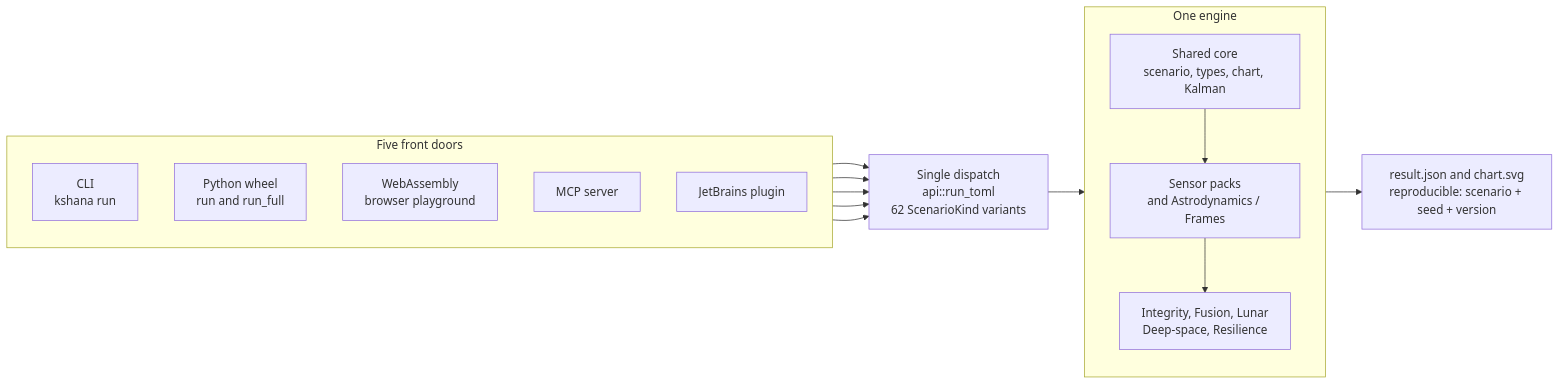
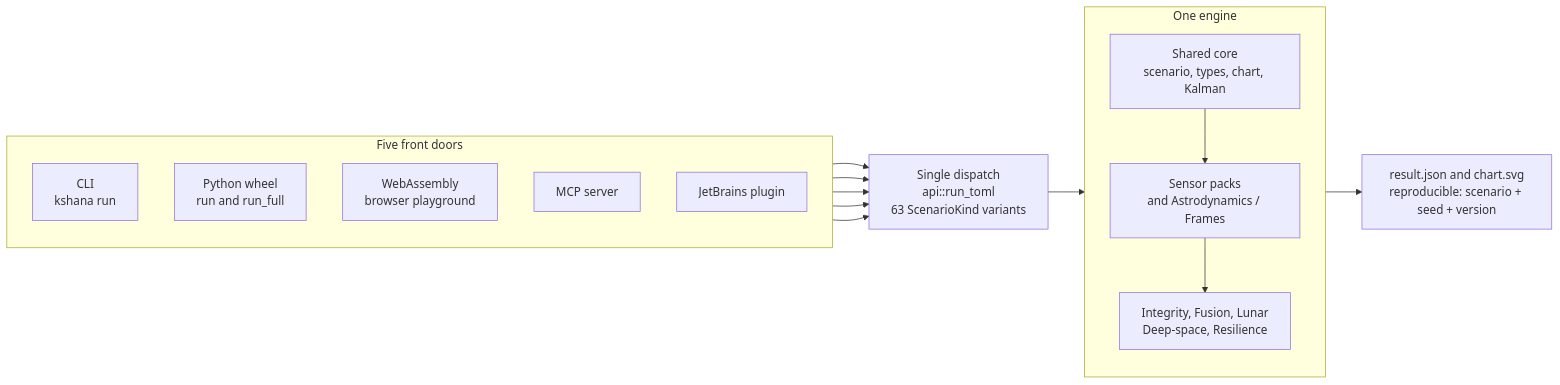
Before and after one commit to ashfordeOU/kshana: the diagram in docs/diagrams/system-overview.mmd, drawn with Mermaid. The commit also changed 50 other files, not shown here.

```diff
--- a/docs/diagrams/system-overview.mmd
+++ b/docs/diagrams/system-overview.mmd
@@ -1,31 +1,31 @@
 flowchart LR
     subgraph DOORS[Five front doors]
         direction TB
         CLI[CLI<br/>kshana run]
         PY[Python wheel<br/>run and run_full]
         WASM[WebAssembly<br/>browser playground]
         MCP[MCP server]
         IDE[JetBrains plugin]
     end
 
-    DISPATCH[Single dispatch<br/>api::run_toml<br/>62 ScenarioKind variants]
+    DISPATCH[Single dispatch<br/>api::run_toml<br/>63 ScenarioKind variants]
 
     subgraph ENGINE[One engine]
         direction TB
         CORE[Shared core<br/>scenario, types, chart, Kalman]
         PACKS[Sensor packs<br/>and Astrodynamics / Frames]
         DOMAIN[Integrity, Fusion, Lunar<br/>Deep-space, Resilience]
         CORE --> PACKS
         PACKS --> DOMAIN
     end
 
     OUT[result.json and chart.svg<br/>reproducible: scenario + seed + version]
 
     CLI --> DISPATCH
     PY --> DISPATCH
     WASM --> DISPATCH
     MCP --> DISPATCH
     IDE --> DISPATCH
 
     DISPATCH --> ENGINE
     ENGINE --> OUT
```
